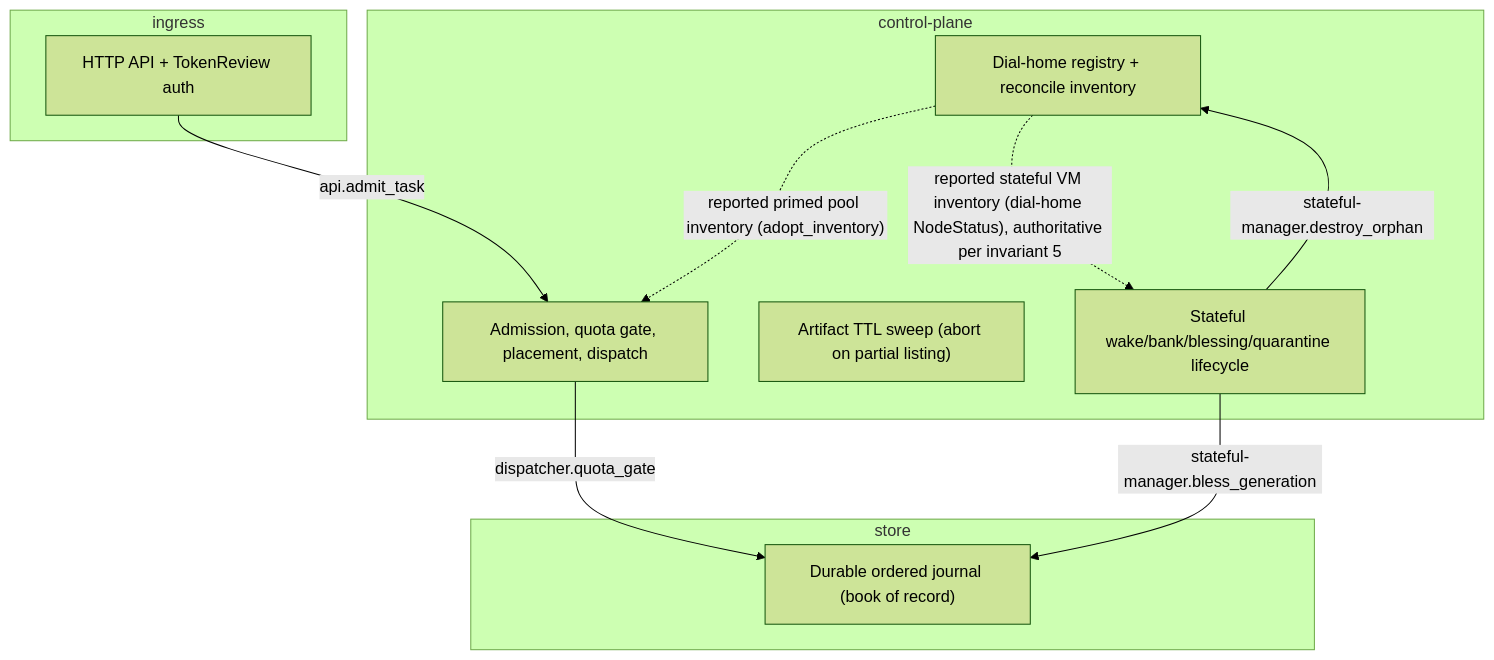
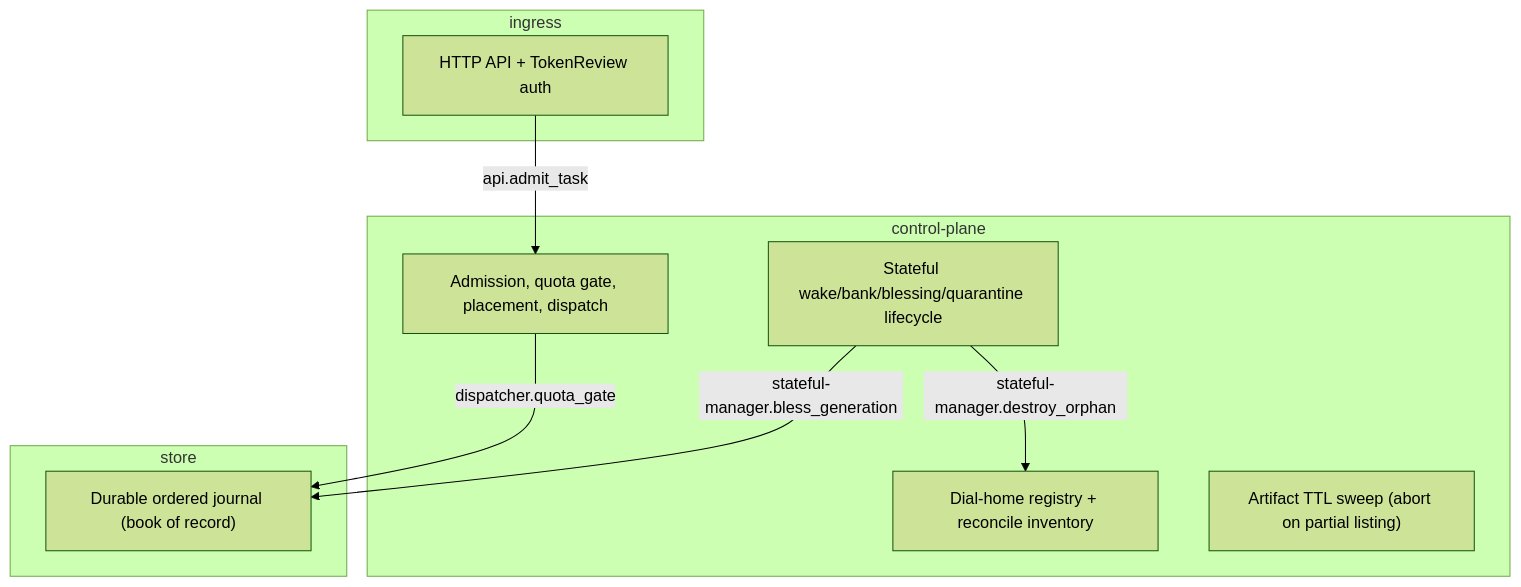
The first of 2 diagrams in projects/embervm/STPA.md (jomcgi-org/homelab), drawn with Mermaid (forest theme) before and after one commit. The commit also changed other lines of this file, not shown here.

````diff
--- a/projects/embervm/STPA.md
+++ b/projects/embervm/STPA.md
@@ -27,21 +27,20 @@
 ```mermaid
 flowchart TD
   subgraph control_plane["control-plane"]
     dispatcher["Admission, quota gate, placement, dispatch"]
     node-registry["Dial-home registry + reconcile inventory"]
     s3-warmth-gc["Artifact TTL sweep (abort on partial listing)"]
     stateful-manager["Stateful wake/bank/blessing/quarantine lifecycle"]
   end
   subgraph ingress["ingress"]
     api["HTTP API + TokenReview auth"]
   end
   subgraph store["store"]
     op-log["Durable ordered journal (book of record)"]
   end
   api -- "api.admit_task" --> dispatcher
   dispatcher -- "dispatcher.quota_gate" --> op-log
   stateful-manager -- "stateful-manager.bless_generation" --> op-log
   stateful-manager -- "stateful-manager.destroy_orphan" --> node-registry
-  node-registry -. "reported primed pool inventory (adopt_inventory)" .-> dispatcher
-  node-registry -. "reported stateful VM inventory (dial-home NodeStatus), authoritative per invariant 5" .-> stateful-manager
+
 ```
````
